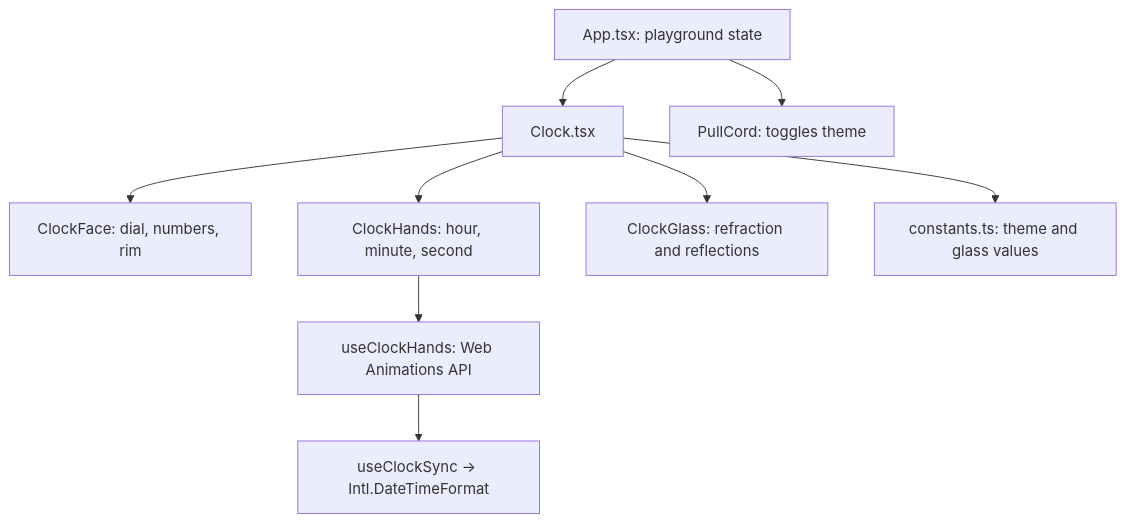
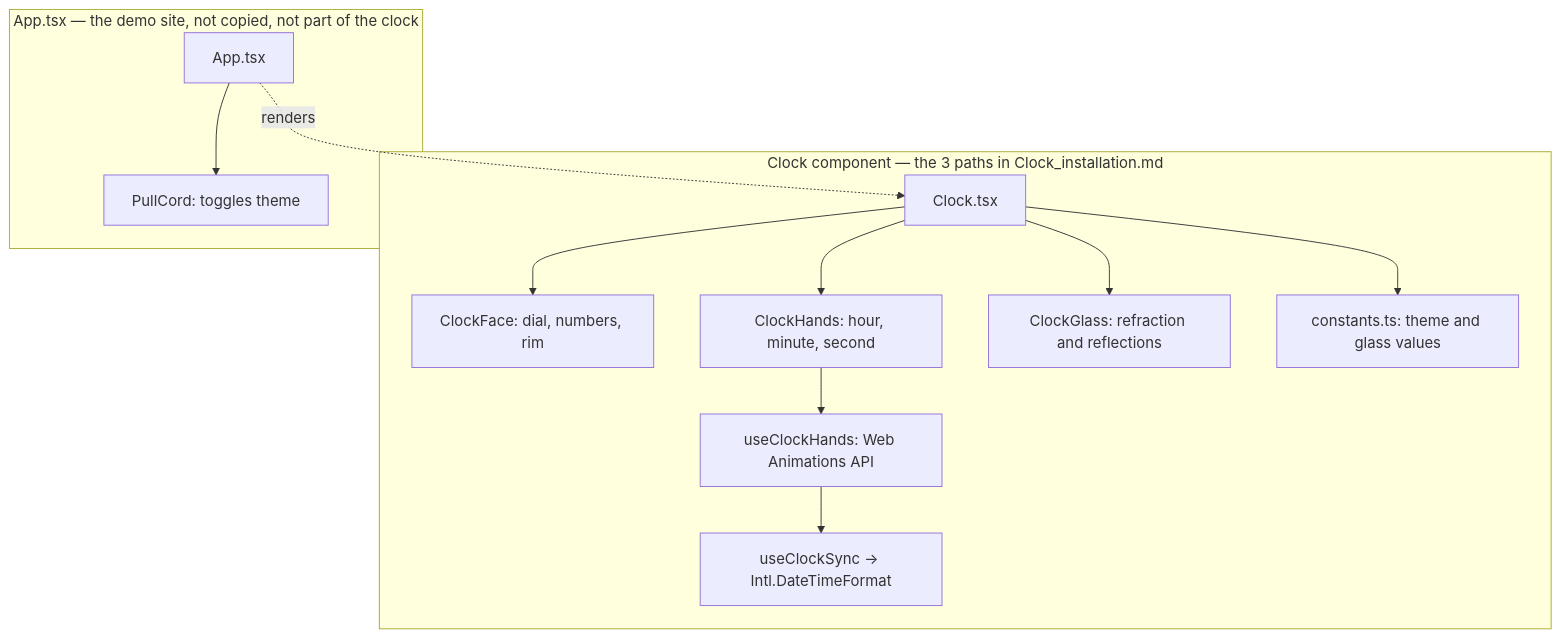
Before and after one commit to asiffisa/Braun-analogue-clock: the diagram in ARCHITECTURE.md, drawn with Mermaid. The commit also changed other lines of this file, not shown here.

First line of the commit message:
docs: separate the clock from the demo site in the architecture diagram

````diff
--- a/ARCHITECTURE.md
+++ b/ARCHITECTURE.md
@@ -3,11 +5,17 @@
 ```mermaid
 flowchart TD
-    App[App.tsx: playground state] --> Clock[Clock.tsx]
-    App --> PullCord[PullCord: toggles theme]
-    Clock --> Face[ClockFace: dial, numbers, rim]
-    Clock --> Hands[ClockHands: hour, minute, second]
-    Clock --> Glass[ClockGlass: refraction and reflections]
-    Clock --> Theme[constants.ts: theme and glass values]
-    Hands --> Motion[useClockHands: Web Animations API]
-    Motion --> Time[useClockSync → Intl.DateTimeFormat]
+    subgraph ClockLib["Clock component — the 3 paths in Clock_installation.md"]
+        Clock[Clock.tsx] --> Face[ClockFace: dial, numbers, rim]
+        Clock --> Hands[ClockHands: hour, minute, second]
+        Clock --> Glass[ClockGlass: refraction and reflections]
+        Clock --> Theme[constants.ts: theme and glass values]
+        Hands --> Motion[useClockHands: Web Animations API]
+        Motion --> Time[useClockSync → Intl.DateTimeFormat]
+    end
+
+    subgraph Site["App.tsx — the demo site, not copied, not part of the clock"]
+        App[App.tsx] --> PullCord[PullCord: toggles theme]
+    end
+
+    App -. renders .-> Clock
 ```
````
